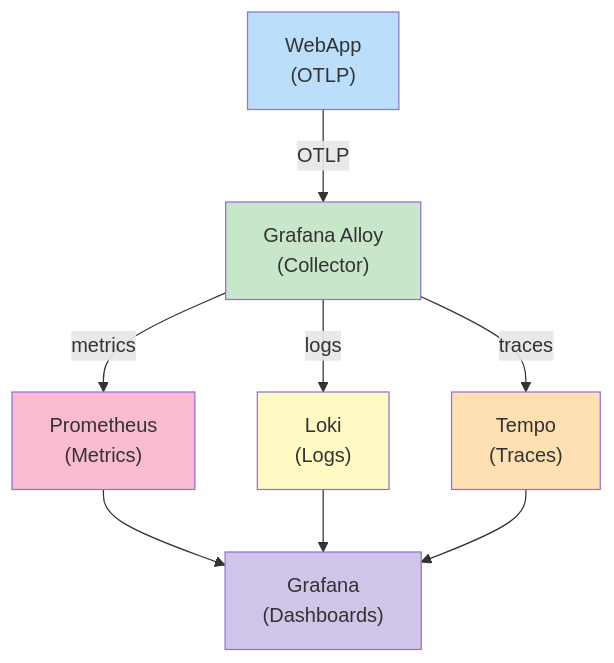
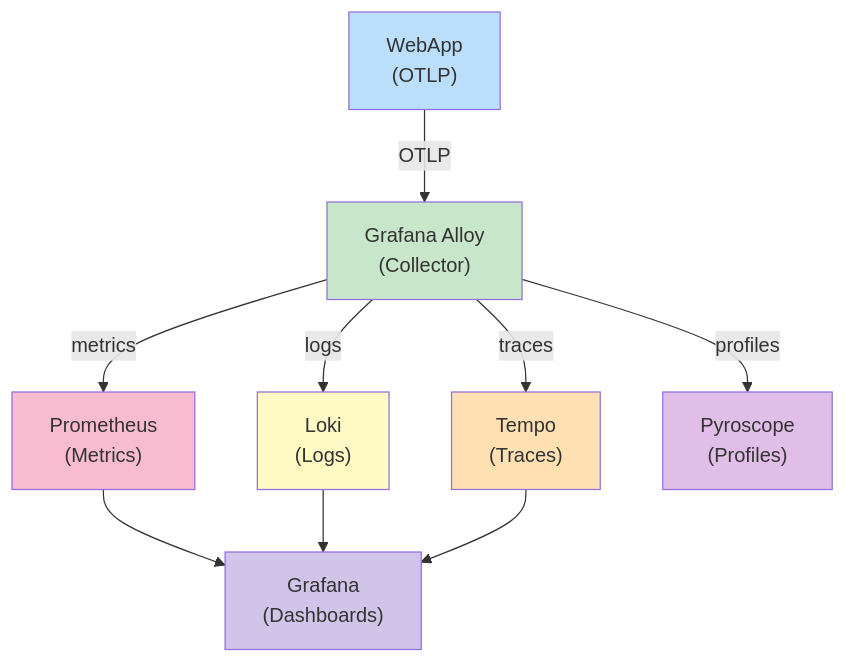
The second of 2 diagrams in templates/Simple/Readme.md (gpreviatti/hexagonal-solution-template), drawn with Mermaid before and after one commit. The commit also changed other lines of this file and 2 other files, not shown here.

````diff
--- a/templates/Simple/Readme.md
+++ b/templates/Simple/Readme.md
@@ -527,24 +436,27 @@
 ```mermaid
 graph TB
     WebApp["WebApp<br/>(OTLP)"]
     Alloy["Grafana Alloy<br/>(Collector)"]
     Loki["Loki<br/>(Logs)"]
     Tempo["Tempo<br/>(Traces)"]
     Prometheus["Prometheus<br/>(Metrics)"]
+    Pyroscope["Pyroscope<br/>(Profiles)"]
     Grafana["Grafana<br/>(Dashboards)"]
 
     WebApp -->|OTLP| Alloy
     Alloy -->|logs| Loki
     Alloy -->|traces| Tempo
     Alloy -->|metrics| Prometheus
+    Alloy -->|profiles| Pyroscope
     Prometheus --> Grafana
     Loki --> Grafana
     Tempo --> Grafana
 
     style WebApp fill:#bbdefb
     style Alloy fill:#c8e6c9
     style Loki fill:#fff9c4
     style Tempo fill:#ffe0b2
     style Prometheus fill:#f8bbd0
+    style Pyroscope fill:#e1bee7
     style Grafana fill:#d1c4e9
 ```
````
